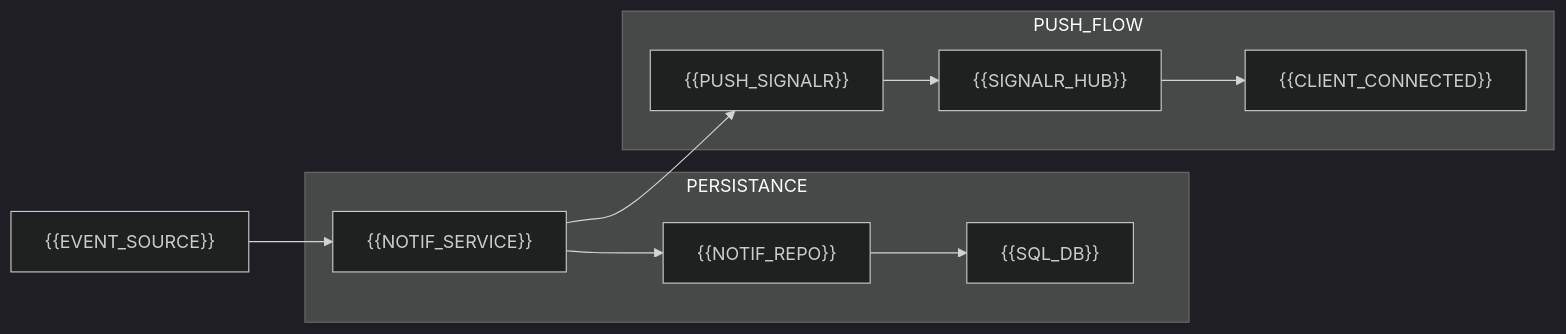
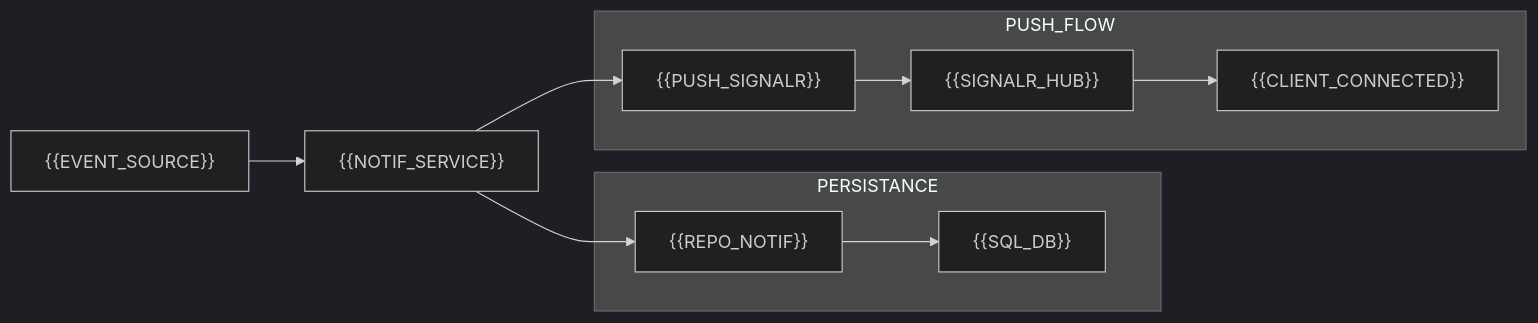
One commit to lchouville/NexaCore changed the diagram in Documents/Edition-files/DataFlow/notification.mmd. Above: the diagram before and after it, drawn with Mermaid. The commit also changed 148 other files, not shown here.

Commit message:
Add French translations for UI elements, API backend, architecture, database tables, fields, and types; remove outdated French translations; add English translations for new keys; update README with usage instructions.

```diff
--- a/Documents/Edition-files/DataFlow/notification.mmd
+++ b/Documents/Edition-files/DataFlow/notification.mmd
@@ -1,19 +1,30 @@
 ---
 config:
   theme: dark
   look: classic
   layout: flowchart
 ---
 flowchart LR
-    EVENT["{{EVENT_SOURCE}}"] --> NOTIF_SVC["{{NOTIF_SERVICE}}"]
+
+%% Nodes definition
+    EVENT["{{EVENT_SOURCE}}"] 
+    NOTIF_SVC["{{NOTIF_SERVICE}}"]
 
     subgraph PERSISTANCE
-        NOTIF_SVC --> NOTIF_REPO["{{NOTIF_REPO}}"]
-        NOTIF_REPO --> SQL_DB["{{SQL_DB}}"]
+        REPO_NOTIF["{{REPO_NOTIF}}"]
+        SQL_DB["{{SQL_DB}}"]
     end
 
     subgraph PUSH_FLOW
-        NOTIF_SVC --> PUSH["{{PUSH_SIGNALR}}"]
-        PUSH --> HUB["{{SIGNALR_HUB}}"]
-        HUB --> CLIENTS["{{CLIENT_CONNECTED}}"]
+        PUSH["{{PUSH_SIGNALR}}"]
+        HUB["{{SIGNALR_HUB}}"]
+        CLIENTS["{{CLIENT_CONNECTED}}"]
     end
+
+%% Flow definition
+    EVENT --> NOTIF_SVC
+    NOTIF_SVC --> REPO_NOTIF
+    REPO_NOTIF --> SQL_DB
+    NOTIF_SVC --> PUSH
+    PUSH --> HUB
+    HUB --> CLIENTS
```
